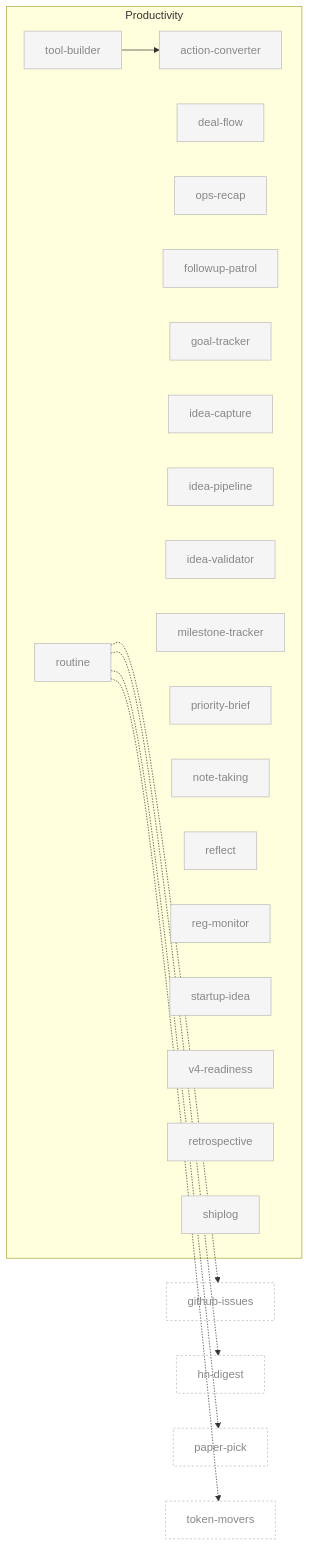
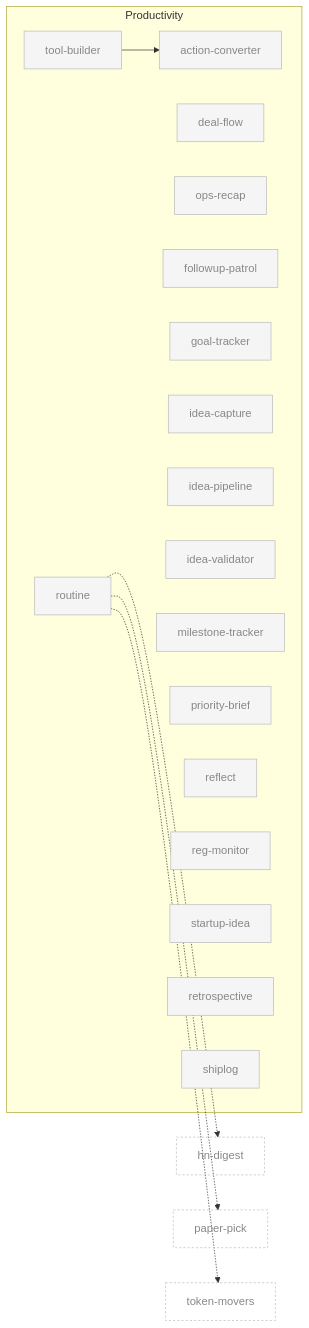
Before and after one commit to aeonfun/aeon: the ninth of 10 diagrams in docs/skill-graph.md, drawn with Mermaid. The commit also changed other lines of this file and 1 other file, not shown here.

First line of the commit message:
docs: refresh skill gallery + prune skill-graph of deleted skills

````diff
--- a/docs/skill-graph.md
+++ b/docs/skill-graph.md
@@ -506,62 +477,55 @@
 ```mermaid
 flowchart LR
     subgraph productivity ["Productivity"]
         action-converter[action-converter]
         routine[routine]
         deal-flow[deal-flow]
         ops-recap[ops-recap]
         followup-patrol[followup-patrol]
         goal-tracker[goal-tracker]
         idea-capture[idea-capture]
         idea-pipeline[idea-pipeline]
         idea-validator[idea-validator]
         milestone-tracker[milestone-tracker]
         priority-brief[priority-brief]
-        note-taking[note-taking]
         reflect[reflect]
         reg-monitor[reg-monitor]
         startup-idea[startup-idea]
         tool-builder[tool-builder]
-        v4-readiness[v4-readiness]
         retrospective[retrospective]
         shiplog[shiplog]
     end
 
-    github-issues[github-issues]:::external
     hn-digest[hn-digest]:::external
     paper-pick[paper-pick]:::external
     token-movers[token-movers]:::external
 
     tool-builder --> action-converter
     routine -.-> token-movers
     routine -.-> paper-pick
-    routine -.-> github-issues
     routine -.-> hn-digest
 
     classDef default fill:#f5f5f5,stroke:#bbb,color:#888
     classDef enabled fill:#fff,stroke:#000,stroke-width:2px,color:#000
     classDef external fill:none,stroke:#bbb,stroke-dasharray:3 3,color:#888
     click action-converter "../skills/action-converter/SKILL.md"
     click routine "../skills/routine/SKILL.md"
     click deal-flow "../skills/deal-flow/SKILL.md"
     click ops-recap "../skills/ops-recap/SKILL.md"
     click followup-patrol "../skills/followup-patrol/SKILL.md"
     click goal-tracker "../skills/goal-tracker/SKILL.md"
     click idea-capture "../skills/idea-capture/SKILL.md"
     click idea-pipeline "../skills/idea-pipeline/SKILL.md"
     click idea-validator "../skills/idea-validator/SKILL.md"
     click milestone-tracker "../skills/milestone-tracker/SKILL.md"
     click priority-brief "../skills/priority-brief/SKILL.md"
-    click note-taking "../skills/note-taking/SKILL.md"
     click reflect "../skills/reflect/SKILL.md"
     click reg-monitor "../skills/reg-monitor/SKILL.md"
     click startup-idea "../skills/startup-idea/SKILL.md"
     click tool-builder "../skills/tool-builder/SKILL.md"
-    click v4-readiness "../skills/v4-readiness/SKILL.md"
     click retrospective "../skills/retrospective/SKILL.md"
     click shiplog "../skills/shiplog/SKILL.md"
-    click github-issues "../skills/github-issues/SKILL.md"
     click hn-digest "../skills/hn-digest/SKILL.md"
     click paper-pick "../skills/paper-pick/SKILL.md"
     click token-movers "../skills/token-movers/SKILL.md"
 ```
````
